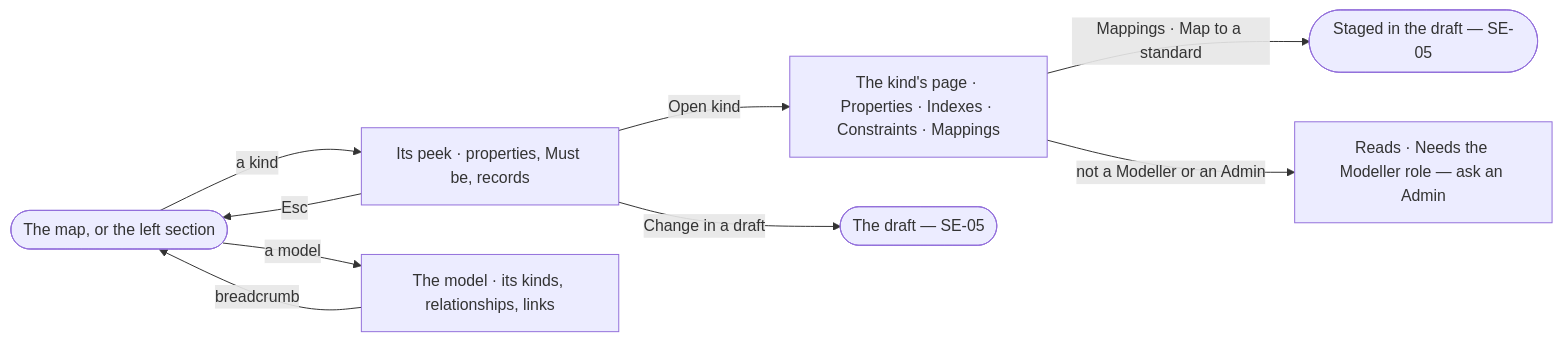
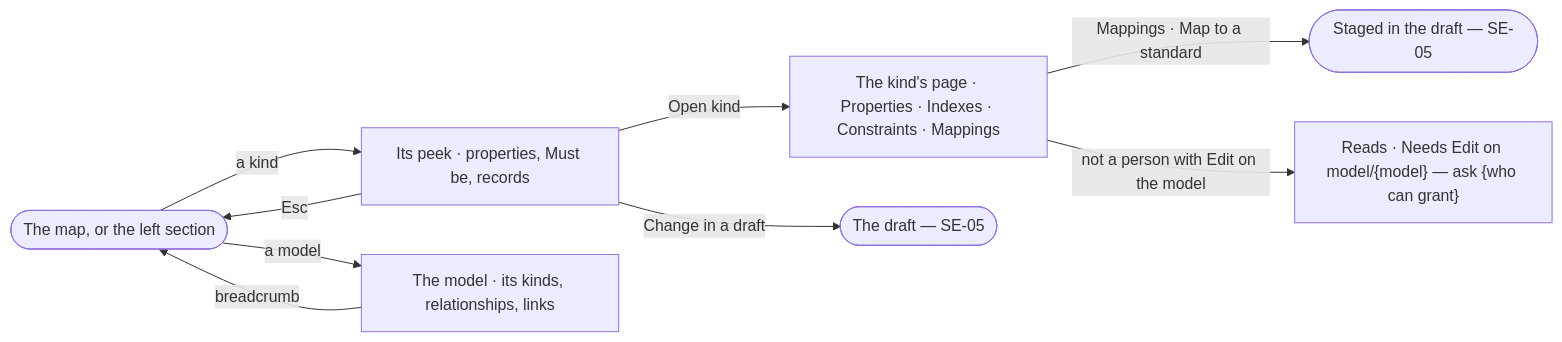
The diagram in specs/capabilities/semantics/features/SE-F06-links-and-mappings/stories/SE-02-open-a-model-and-a-kind/story.md (invana/invana), drawn with Mermaid before and after one commit. The commit also changed other lines of this file and 228 other files, not shown here.

````diff
--- a/specs/capabilities/semantics/features/SE-F06-links-and-mappings/stories/SE-02-open-a-model-and-a-kind/story.md
+++ b/specs/capabilities/semantics/features/SE-F06-links-and-mappings/stories/SE-02-open-a-model-and-a-kind/story.md
@@ -28,11 +28,11 @@
 ```mermaid
 flowchart LR
   a([The map, or the left section]) -->|a kind| p["Its peek · properties, Must be, records"]
   p -->|Esc| a
   p -->|Open kind| k["The kind's page · Properties · Indexes · Constraints · Mappings"]
   p -->|Change in a draft| d(["The draft — SE-05"])
   a -->|a model| m["The model · its kinds, relationships, links"]
   m -->|breadcrumb| a
   k -->|Mappings · Map to a standard| ms(["Staged in the draft — SE-05"])
-  k -->|not a Modeller or an Admin| na["Reads · Needs the Modeller role — ask an Admin"]
+  k -->|not a person with Edit on the model| na["Reads · Needs Edit on model/{model} — ask {who can grant}"]
 ```
````
